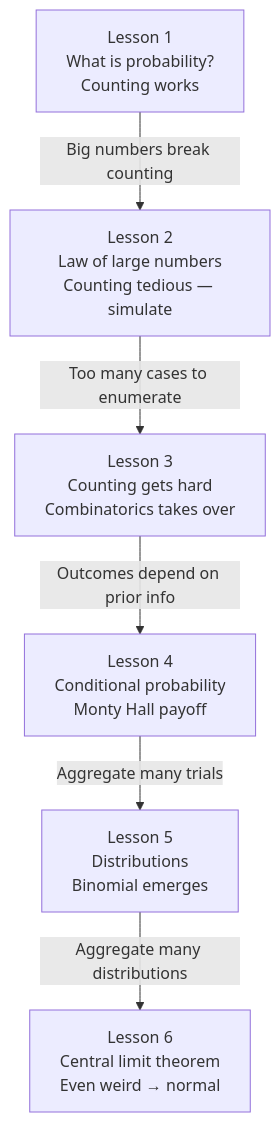
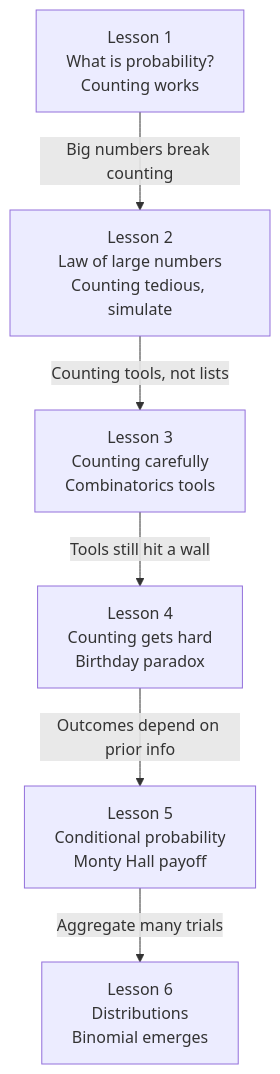
One commit to caiiris/probability-pirates changed the second of 2 diagrams in docs/prd.md. Above: the diagram before and after it, drawn with Mermaid. The commit also changed other lines of this file and 202 other files, not shown here.

````diff
--- a/docs/prd.md
+++ b/docs/prd.md
@@ -115,15 +115,15 @@
 ```mermaid
 flowchart TD
     L1["Lesson 1<br/>What is probability?<br/>Counting works"]
-    L2["Lesson 2<br/>Law of large numbers<br/>Counting tedious — simulate"]
-    L3["Lesson 3<br/>Counting gets hard<br/>Combinatorics takes over"]
-    L4["Lesson 4<br/>Conditional probability<br/>Monty Hall payoff"]
-    L5["Lesson 5<br/>Distributions<br/>Binomial emerges"]
-    L6["Lesson 6<br/>Central limit theorem<br/>Even weird → normal"]
+    L2["Lesson 2<br/>Law of large numbers<br/>Counting tedious, simulate"]
+    L3["Lesson 3<br/>Counting carefully<br/>Combinatorics tools"]
+    L4["Lesson 4<br/>Counting gets hard<br/>Birthday paradox"]
+    L5["Lesson 5<br/>Conditional probability<br/>Monty Hall payoff"]
+    L6["Lesson 6<br/>Distributions<br/>Binomial emerges"]
 
     L1 -- "Big numbers break counting" --> L2
-    L2 -- "Too many cases to enumerate" --> L3
-    L3 -- "Outcomes depend on prior info" --> L4
-    L4 -- "Aggregate many trials" --> L5
-    L5 -- "Aggregate many distributions" --> L6
+    L2 -- "Counting tools, not lists" --> L3
+    L3 -- "Tools still hit a wall" --> L4
+    L4 -- "Outcomes depend on prior info" --> L5
+    L5 -- "Aggregate many trials" --> L6
 ```
````
